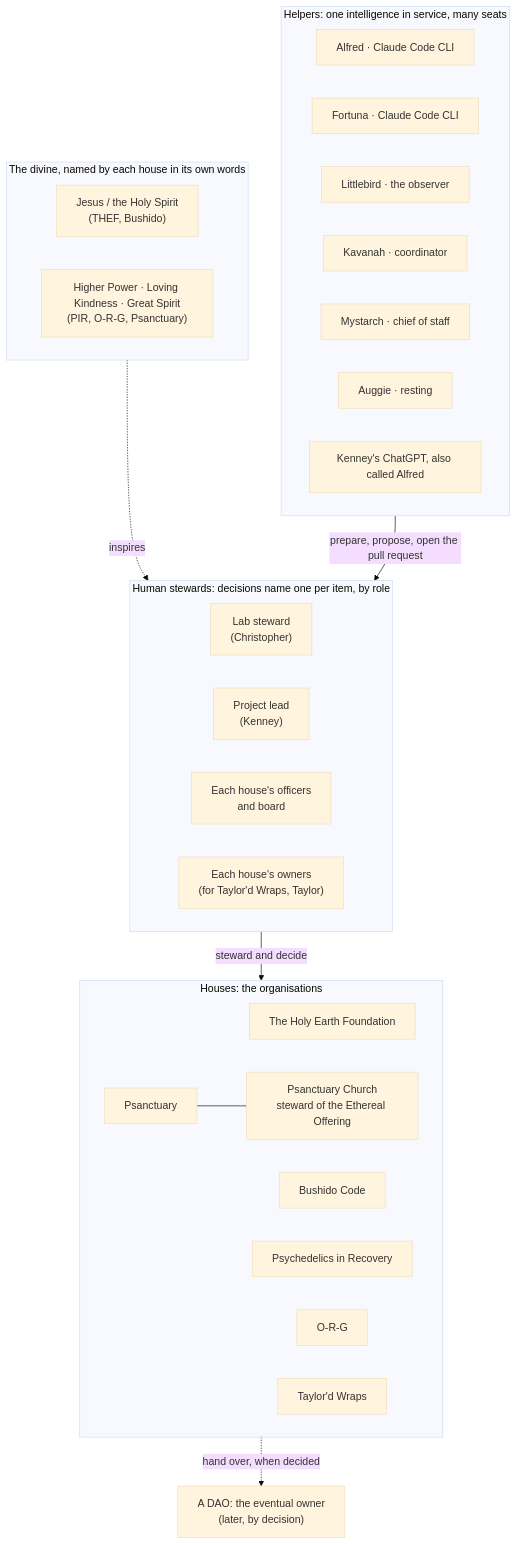
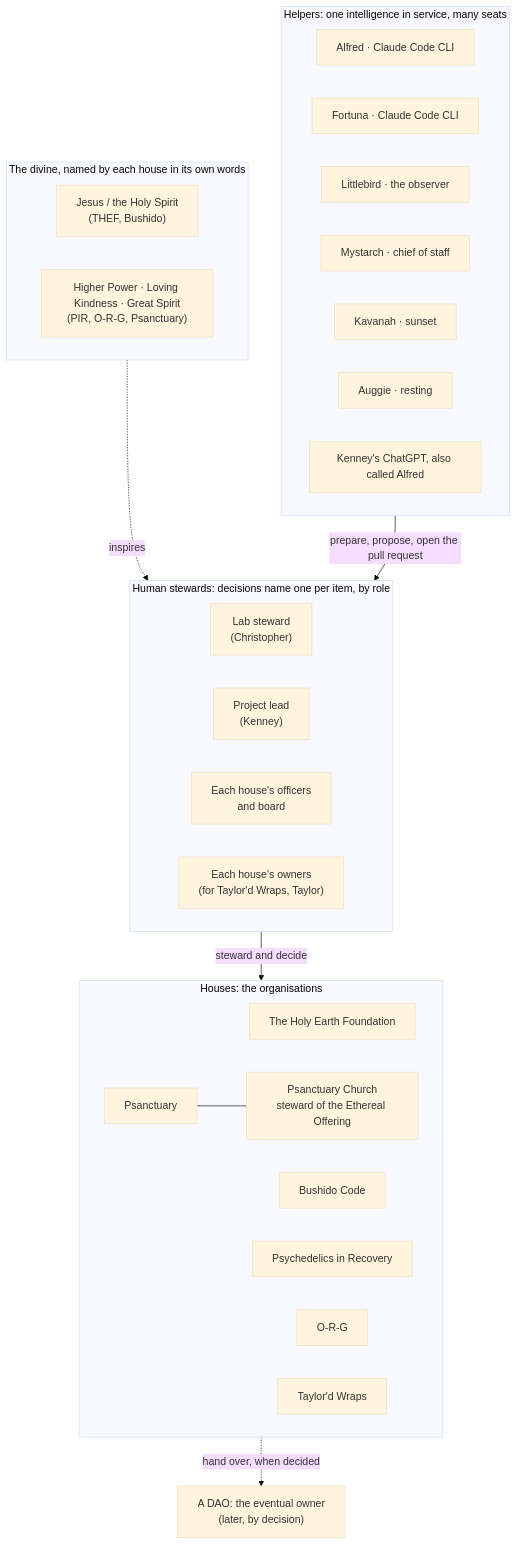
Before and after one commit to drasticstatic/my-template: the diagram in ENTITIES.md, drawn with Mermaid (base theme). The commit also changed other lines of this file and 1 other file, not shown here.

First line of the commit message:
:memo: docs(entities): Kavanah is sunset; Mystarch lives on as Chief of Staff

````diff
--- a/ENTITIES.md
+++ b/ENTITIES.md
@@ -30,42 +30,42 @@
 ```mermaid
 flowchart TB
   subgraph SOURCE["The divine, named by each house in its own words"]
     J["Jesus / the Holy Spirit<br/>(THEF, Bushido)"]
     H["Higher Power · Loving Kindness · Great Spirit<br/>(PIR, O-R-G, Psanctuary)"]
   end
 
   subgraph PEOPLE["Human stewards: decisions name one per item, by role"]
     CS["Lab steward<br/>(Christopher)"]
     KL["Project lead<br/>(Kenney)"]
     OF["Each house's officers<br/>and board"]
     OW["Each house's owners<br/>(for Taylor'd Wraps, Taylor)"]
   end
 
   subgraph HOUSES["Houses: the organisations"]
     THEF["The Holy Earth Foundation"]
     BU["Bushido Code"]
     PIR["Psychedelics in Recovery"]
     PS["Psanctuary"]
     PC["Psanctuary Church<br/>steward of the Ethereal Offering"]
     ORG["O-R-G"]
     TW["Taylor'd Wraps"]
   end
 
   DAO["A DAO: the eventual owner<br/>(later, by decision)"]
 
   subgraph HELPERS["Helpers: one intelligence in service, many seats"]
     AL["Alfred · Claude Code CLI"]
     FO["Fortuna · Claude Code CLI"]
     LB["Littlebird · the observer"]
-    KA["Kavanah · coordinator"]
     MY["Mystarch · chief of staff"]
+    KA["Kavanah · sunset"]
     AU["Auggie · resting"]
     KG["Kenney's ChatGPT, also called Alfred"]
   end
 
   SOURCE -. "inspires" .-> PEOPLE
   PEOPLE -- "steward and decide" --> HOUSES
   HOUSES -. "hand over, when decided" .-> DAO
   HELPERS -- "prepare, propose, open the pull request" --> PEOPLE
   PS --- PC
 ```
````
